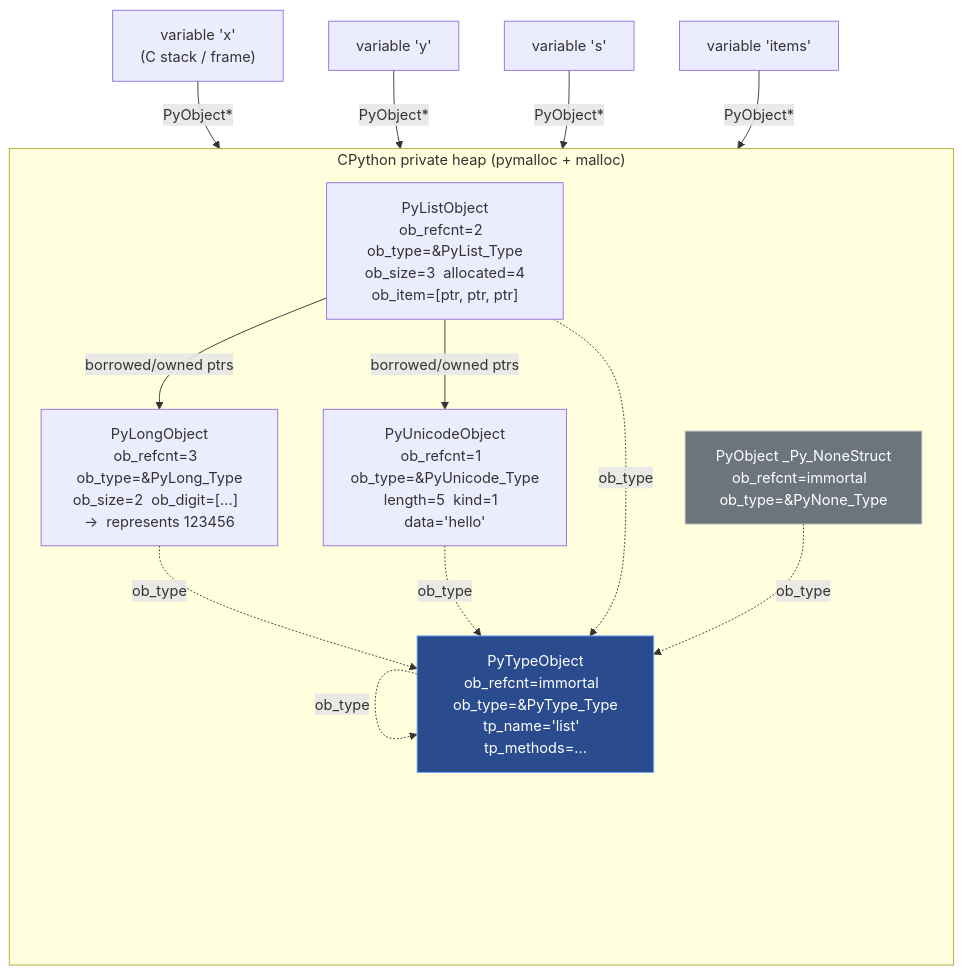
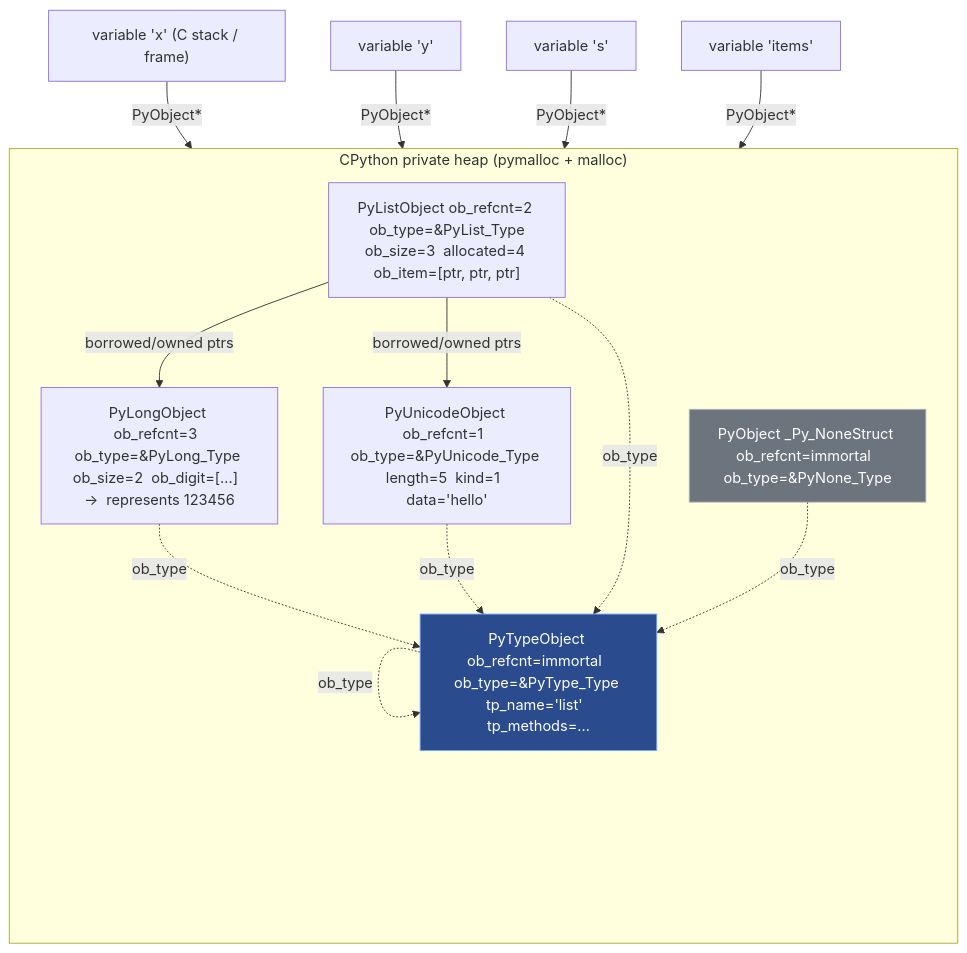
The first of 8 diagrams in vol-16-python-cpython-internals/ch02-objects-refcount.md (bumbsclaw/textbooks), drawn with Mermaid before and after one commit. The commit also changed other lines of this file and 9 other files, not shown here.

First line of the commit message:
fix(pdf, mermaid): syntax-highlighted code blocks + diagram label fixes

````diff
--- a/vol-16-python-cpython-internals/ch02-objects-refcount.md
+++ b/vol-16-python-cpython-internals/ch02-objects-refcount.md
@@ -22,28 +22,28 @@
 ```mermaid
 flowchart TB
     subgraph HEAP["CPython private heap (pymalloc + malloc)"]
         direction TB
-        PYINT["PyLongObject<br/>ob_refcnt=3  ob_type=&PyLong_Type<br/>ob_size=2  ob_digit=[...]  →  represents 123456"]
-        PYSTR["PyUnicodeObject<br/>ob_refcnt=1  ob_type=&PyUnicode_Type<br/>length=5  kind=1  data='hello'"]
-        PYLIST["PyListObject<br/>ob_refcnt=2  ob_type=&PyList_Type<br/>ob_size=3  allocated=4<br/>ob_item=[ptr, ptr, ptr]"]
-        PYTYPE["PyTypeObject<br/>ob_refcnt=immortal  ob_type=&PyType_Type<br/>tp_name='list'  tp_methods=..."]
-        PYNONE["PyObject _Py_NoneStruct<br/>ob_refcnt=immortal  ob_type=&PyNone_Type"]
+        PYINT["PyLongObject ob_refcnt=3  ob_type=&PyLong_Type ob_size=2  ob_digit=[...]  →  represents 123456"]
+        PYSTR["PyUnicodeObject ob_refcnt=1  ob_type=&PyUnicode_Type length=5  kind=1  data='hello'"]
+        PYLIST["PyListObject ob_refcnt=2  ob_type=&PyList_Type ob_size=3  allocated=4 ob_item=[ptr, ptr, ptr]"]
+        PYTYPE["PyTypeObject ob_refcnt=immortal  ob_type=&PyType_Type tp_name='list'  tp_methods=..."]
+        PYNONE["PyObject _Py_NoneStruct ob_refcnt=immortal  ob_type=&PyNone_Type"]
     end
 
-    VAR_A["variable 'x'<br/>(C stack / frame)"] -->|PyObject*| PYINT
+    VAR_A["variable 'x' (C stack / frame)"] -->|PyObject*| PYINT
     VAR_B["variable 'y'"] -->|PyObject*| PYINT
     VAR_C["variable 's'"] -->|PyObject*| PYSTR
     VAR_D["variable 'items'"] -->|PyObject*| PYLIST
     PYLIST -->|borrowed/owned ptrs| PYINT
     PYLIST -->|borrowed/owned ptrs| PYSTR
 
     PYINT -.->|ob_type| PYTYPE
     PYSTR -.->|ob_type| PYTYPE
     PYLIST -.->|ob_type| PYTYPE
     PYNONE -.->|ob_type| PYTYPE
 
     PYTYPE -.->|ob_type| PYTYPE
 
     style PYTYPE fill:#2a4b8d,stroke:#6ea8fe,color:#fff
     style PYNONE fill:#6c757d,stroke:#adb5bd,color:#fff
 ```
````
